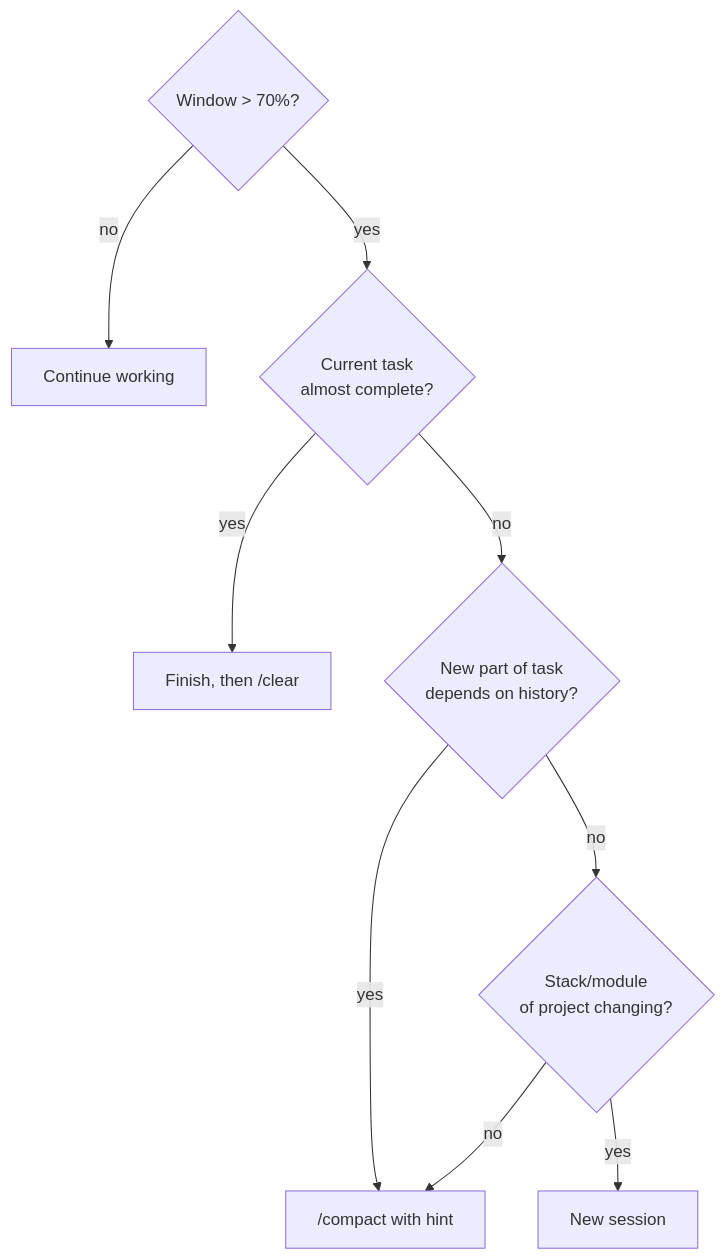
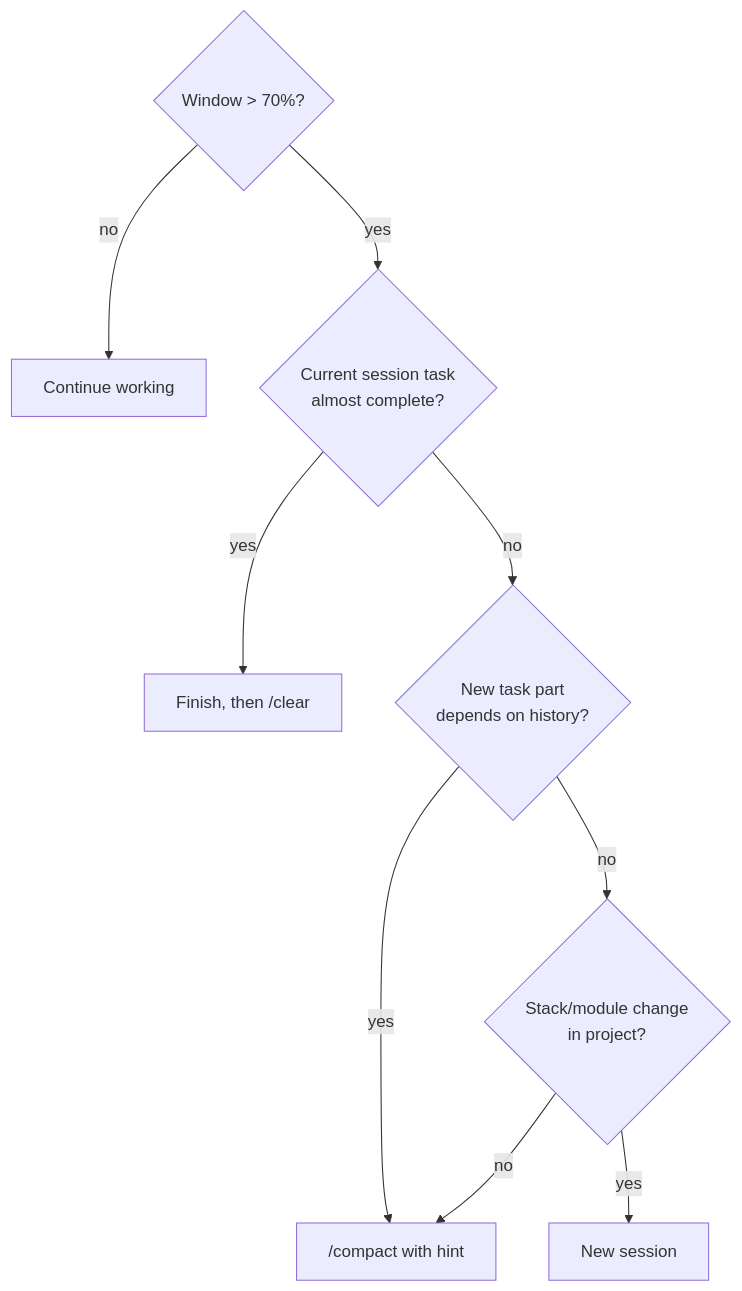
One commit to node-develop/astro-blog changed the fourth of 4 diagrams in src/content/posts/en/02-context-and-cache.md. Above: the diagram before and after it, drawn with Mermaid. The commit also changed other lines of this file and 13 other files, not shown here.

````diff
--- a/src/content/posts/en/02-context-and-cache.md
+++ b/src/content/posts/en/02-context-and-cache.md
@@ -204,12 +204,12 @@
 ```mermaid
 flowchart TD
   start{"Window > 70%?"}
   start -- no --> work["Continue working"]
-  start -- yes --> task{"Current task<br/>almost complete?"}
+  start -- yes --> task{"Current session task<br/>almost complete?"}
   task -- yes --> finish["Finish, then /clear"]
-  task -- no --> related{"New part of task<br/>depends on history?"}
+  task -- no --> related{"New task part<br/>depends on history?"}
   related -- yes --> compact["/compact with hint"]
-  related -- no --> session{"Stack/module<br/>of project changing?"}
+  related -- no --> session{"Stack/module change<br/>in project?"}
   session -- yes --> newsession["New session"]
   session -- no --> compact
 ```
````
